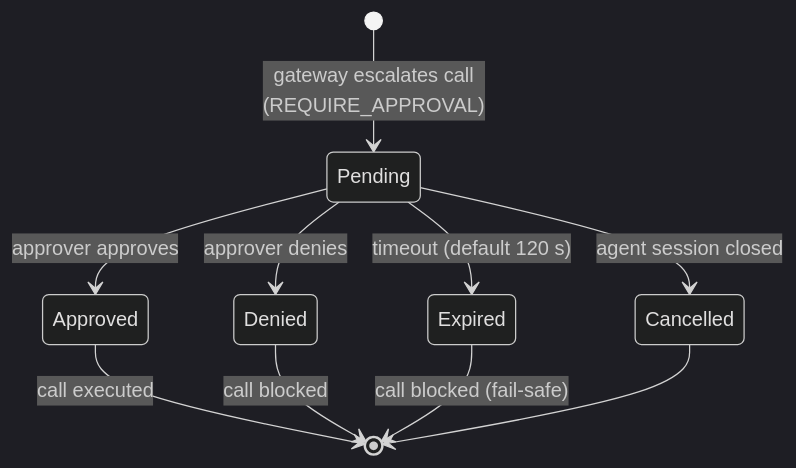
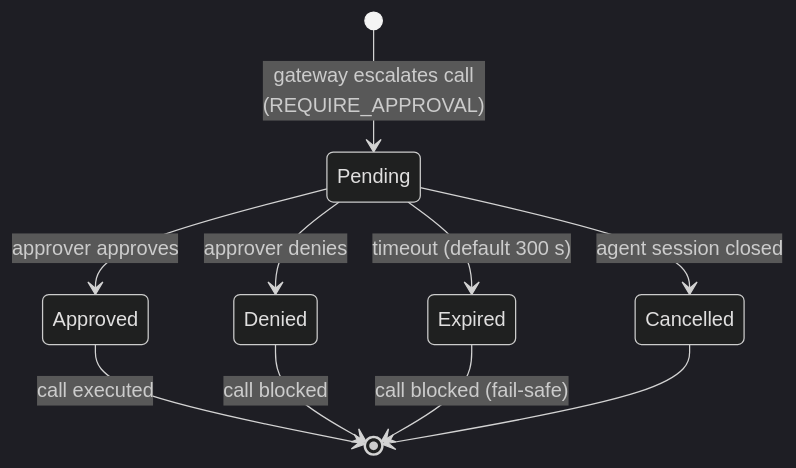
One commit to Mrsad-senior/mrsad-main changed the diagram in docs/diagrams/state-approval.mmd. Above: the diagram before and after it, drawn with Mermaid (dark theme). The commit also changed 45 other files, not shown here.

```diff
--- a/docs/diagrams/state-approval.mmd
+++ b/docs/diagrams/state-approval.mmd
@@ -1,10 +1,10 @@
 stateDiagram-v2
   [*] --> Pending: gateway escalates call<br/>(REQUIRE_APPROVAL)
   Pending --> Approved: approver approves
   Pending --> Denied: approver denies
-  Pending --> Expired: timeout (default 120 s)
+  Pending --> Expired: timeout (default 300 s)
   Pending --> Cancelled: agent session closed
   Approved --> [*]: call executed
   Denied --> [*]: call blocked
   Expired --> [*]: call blocked (fail-safe)
   Cancelled --> [*]
```
